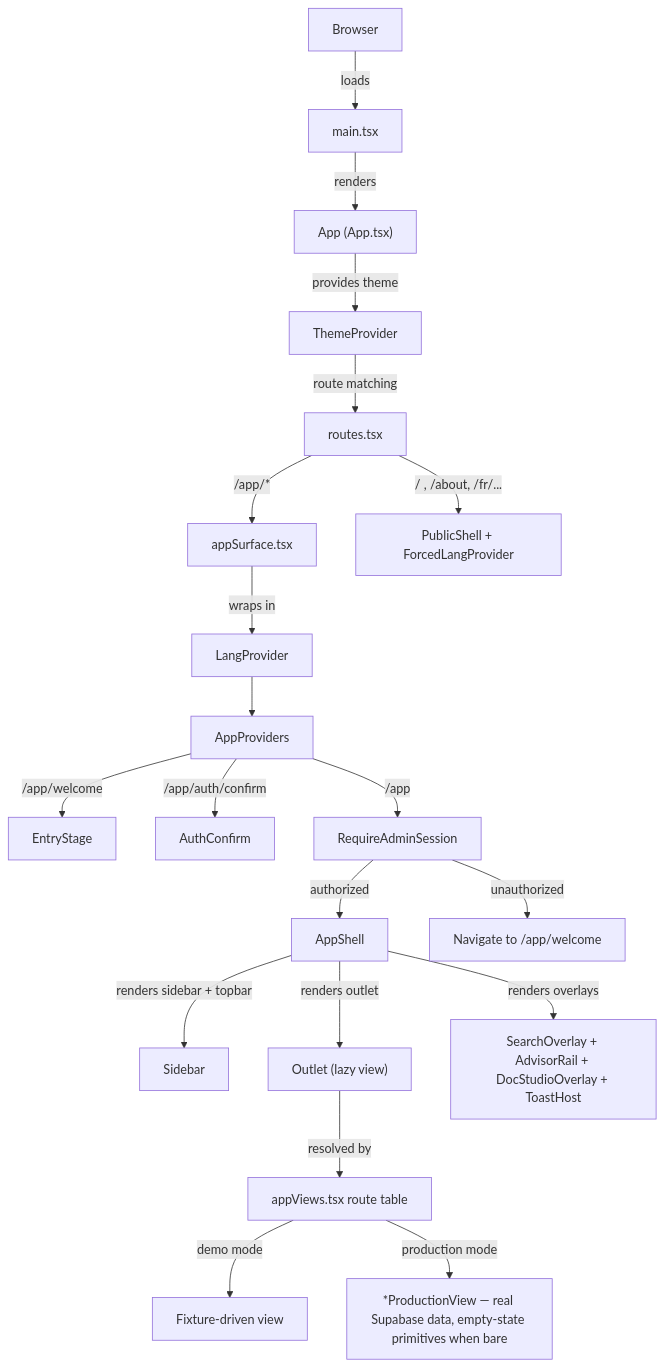
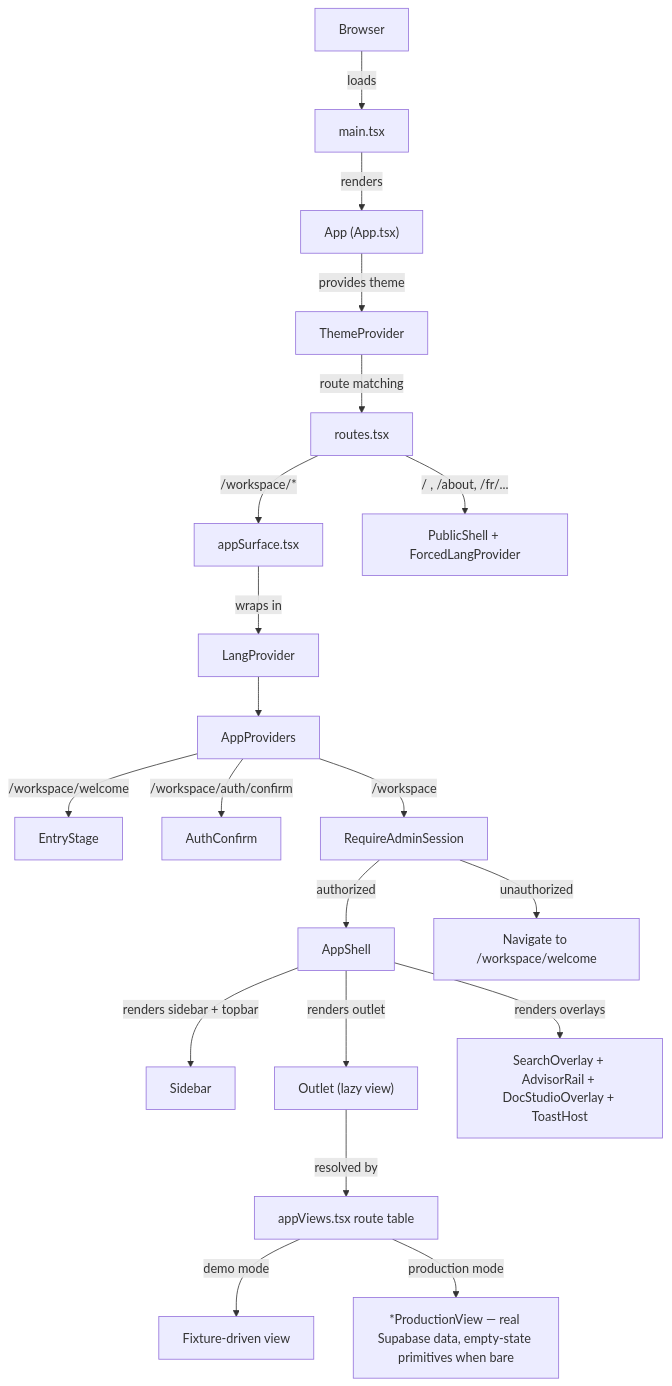
Before and after one commit to Dutiva-Canada/Dutiva_Web: the third of 3 diagrams in docs/wiki/Core-Application-Architecture.md, drawn with Mermaid. The commit also changed other lines of this file and 107 other files, not shown here.

````diff
--- a/docs/wiki/Core-Application-Architecture.md
+++ b/docs/wiki/Core-Application-Architecture.md
@@ -147,28 +147,28 @@
 ```mermaid
 flowchart TD
     Browser["Browser"] -->|"loads"| MainTsx["main.tsx"]
     MainTsx -->|"renders"| AppComponent["App (App.tsx)"]
     AppComponent -->|"provides theme"| ThemeProvider["ThemeProvider"]
     ThemeProvider -->|"route matching"| RoutesFile["routes.tsx"]
 
-    RoutesFile -->|"/app/*"| AppSurface["appSurface.tsx"]
+    RoutesFile -->|"/workspace/*"| AppSurface["appSurface.tsx"]
     RoutesFile -->|"/ , /about, /fr/..."| PublicShell["PublicShell + ForcedLangProvider"]
 
     AppSurface -->|"wraps in"| LangProviderApp["LangProvider"]
     LangProviderApp --> AppProviders["AppProviders"]
 
-    AppProviders -->|"/app/welcome"| EntryStage["EntryStage"]
-    AppProviders -->|"/app/auth/confirm"| AuthConfirm["AuthConfirm"]
-    AppProviders -->|"/app"| RequireAdmin["RequireAdminSession"]
+    AppProviders -->|"/workspace/welcome"| EntryStage["EntryStage"]
+    AppProviders -->|"/workspace/auth/confirm"| AuthConfirm["AuthConfirm"]
+    AppProviders -->|"/workspace"| RequireAdmin["RequireAdminSession"]
 
     RequireAdmin -->|"authorized"| AppShellComp["AppShell"]
-    RequireAdmin -->|"unauthorized"| Redirect["Navigate to /app/welcome"]
+    RequireAdmin -->|"unauthorized"| Redirect["Navigate to /workspace/welcome"]
 
     AppShellComp -->|"renders sidebar + topbar"| Sidebar["Sidebar"]
     AppShellComp -->|"renders outlet"| Outlet["Outlet (lazy view)"]
     AppShellComp -->|"renders overlays"| Overlays["SearchOverlay + AdvisorRail + DocStudioOverlay + ToastHost"]
 
     Outlet -->|"resolved by"| AppViews["appViews.tsx route table"]
     AppViews -->|"demo mode"| DemoView["Fixture-driven view"]
     AppViews -->|"production mode"| ProdView["*ProductionView — real Supabase data, empty-state primitives when bare"]
 ```
````
